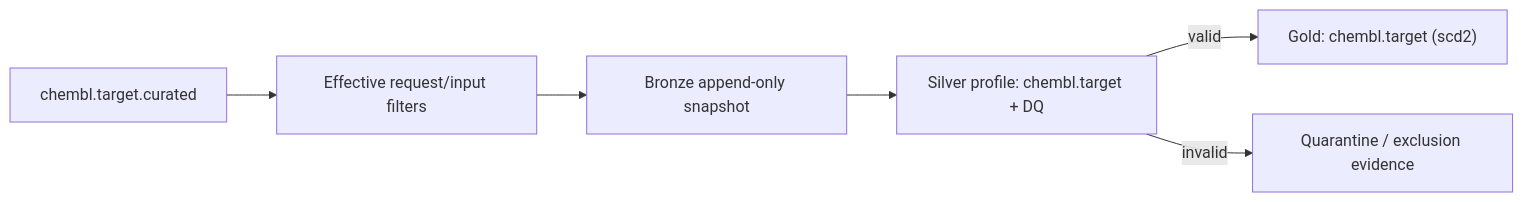
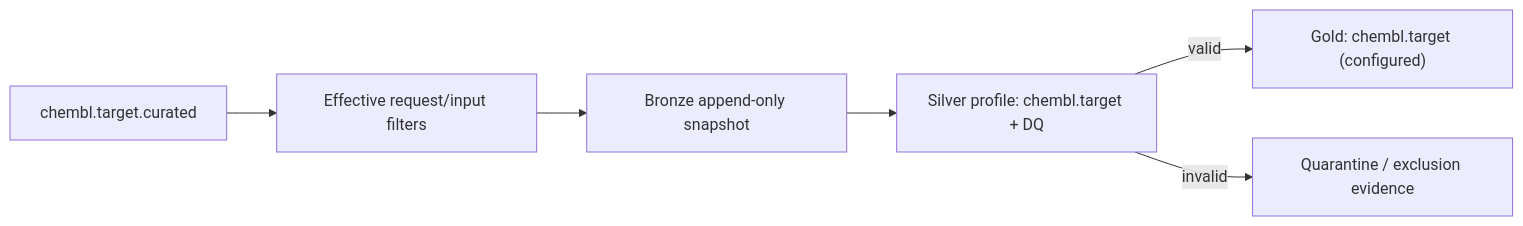
The diagram in docs/04-reference/passports/pipelines/chembl-target.md (SatoryKono/BioactivityDataAcquisition), drawn with Mermaid before and after one commit. The commit also changed other lines of this file and 92 other files, not shown here.

````diff
--- a/docs/04-reference/passports/pipelines/chembl-target.md
+++ b/docs/04-reference/passports/pipelines/chembl-target.md
@@ -59,12 +58,12 @@
 ```mermaid
 flowchart LR
     Source["chembl.target.curated"]
     Filters["Effective request/input filters"]
     Bronze["Bronze append-only snapshot"]
     Silver["Silver profile: chembl.target + DQ"]
     Quarantine["Quarantine / exclusion evidence"]
-    Gold["Gold: chembl.target (scd2)"]
+    Gold["Gold: chembl.target (configured)"]
     Source --> Filters --> Bronze --> Silver
     Silver -->|valid| Gold
     Silver -->|invalid| Quarantine
 ```
````
